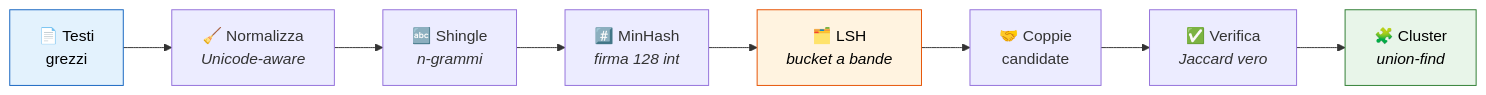
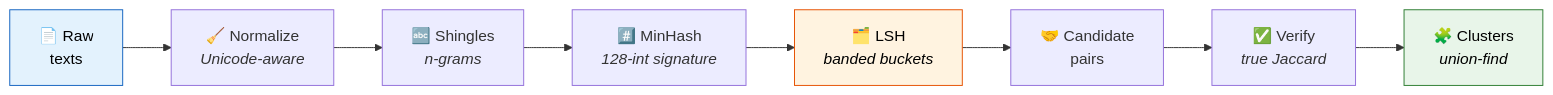
The diagram in README.md (gerefloc45/Sosia), drawn with Mermaid before and after one commit. The commit also changed other lines of this file, not shown here.

````diff
--- a/README.md
+++ b/README.md
@@ -77,14 +77,14 @@
 ```mermaid
 flowchart LR
-    A["📄 Testi<br/>grezzi"] --> B["🧹 Normalizza<br/><i>Unicode-aware</i>"]
-    B --> C["🔤 Shingle<br/><i>n-grammi</i>"]
-    C --> D["#️⃣ MinHash<br/><i>firma 128 int</i>"]
-    D --> E["🗂️ LSH<br/><i>bucket a bande</i>"]
-    E --> F["🤝 Coppie<br/>candidate"]
-    F --> G["✅ Verifica<br/><i>Jaccard vero</i>"]
-    G --> H["🧩 Cluster<br/><i>union-find</i>"]
+    A["📄 Raw<br/>texts"] --> B["🧹 Normalize<br/><i>Unicode-aware</i>"]
+    B --> C["🔤 Shingles<br/><i>n-grams</i>"]
+    C --> D["#️⃣ MinHash<br/><i>128-int signature</i>"]
+    D --> E["🗂️ LSH<br/><i>banded buckets</i>"]
+    E --> F["🤝 Candidate<br/>pairs"]
+    F --> G["✅ Verify<br/><i>true Jaccard</i>"]
+    G --> H["🧩 Clusters<br/><i>union-find</i>"]
 
     style A fill:#e3f2fd,stroke:#1565c0,color:#000
     style E fill:#fff3e0,stroke:#e65100,color:#000
     style H fill:#e8f5e9,stroke:#2e7d32,color:#000
 ```
````
